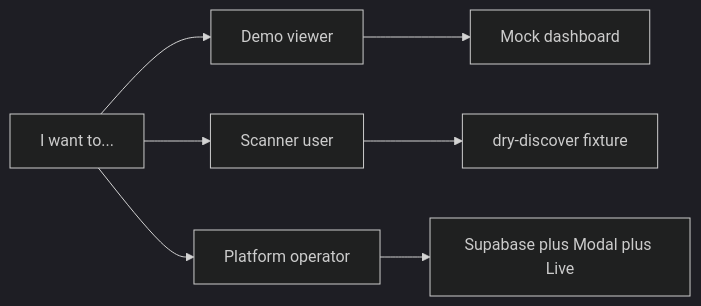
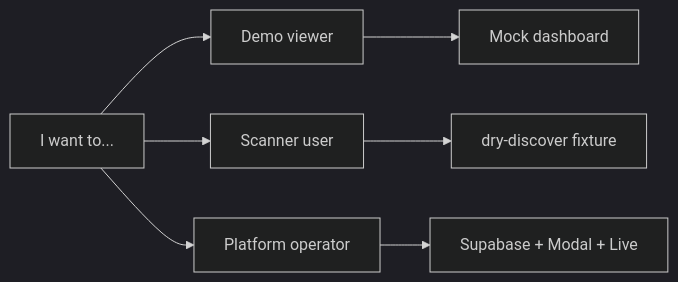
The diagram in QUICKSTART.md (neomatrix369/tripwire), drawn with Mermaid (dark theme) before and after one commit. The commit also changed other lines of this file and 13 other files, not shown here.

````diff
--- a/QUICKSTART.md
+++ b/QUICKSTART.md
@@ -9,9 +11,9 @@
 ```mermaid
 flowchart LR
   start[I want to...] --> demo[Demo viewer]
   start --> scan[Scanner user]
   start --> platform[Platform operator]
   demo --> mockDash[Mock dashboard]
   scan --> dryDiscover[dry-discover fixture]
-  platform --> fullStack[Supabase plus Modal plus Live]
+  platform --> fullStack[Supabase + Modal + Live]
 ```
````
